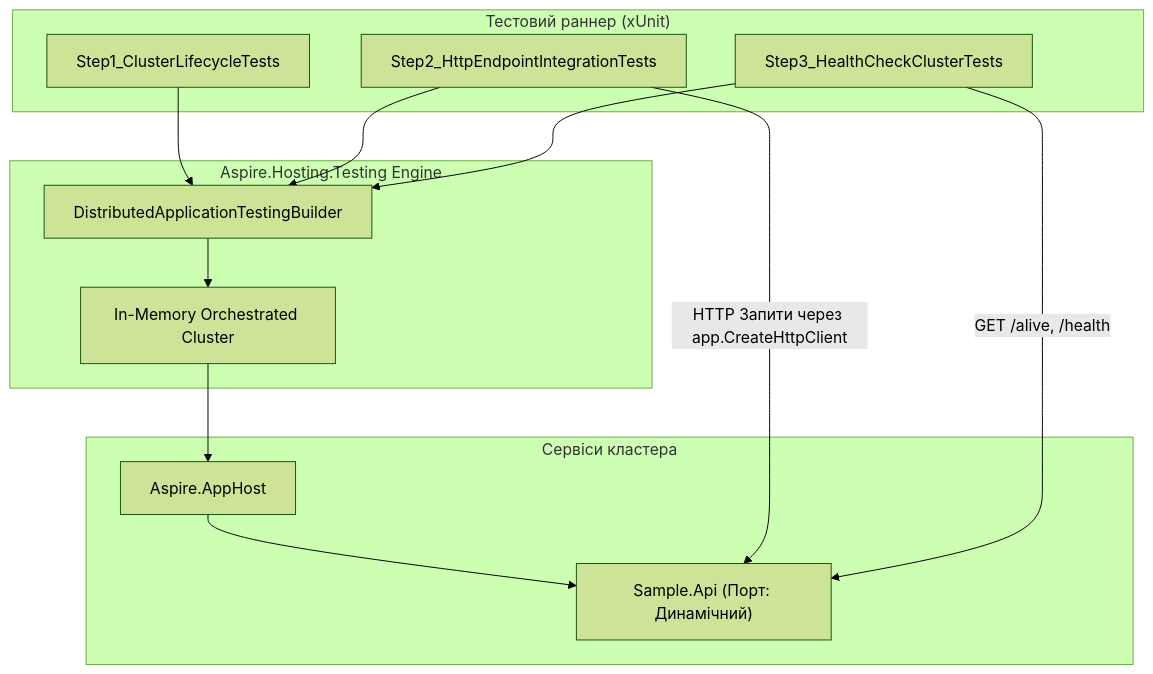
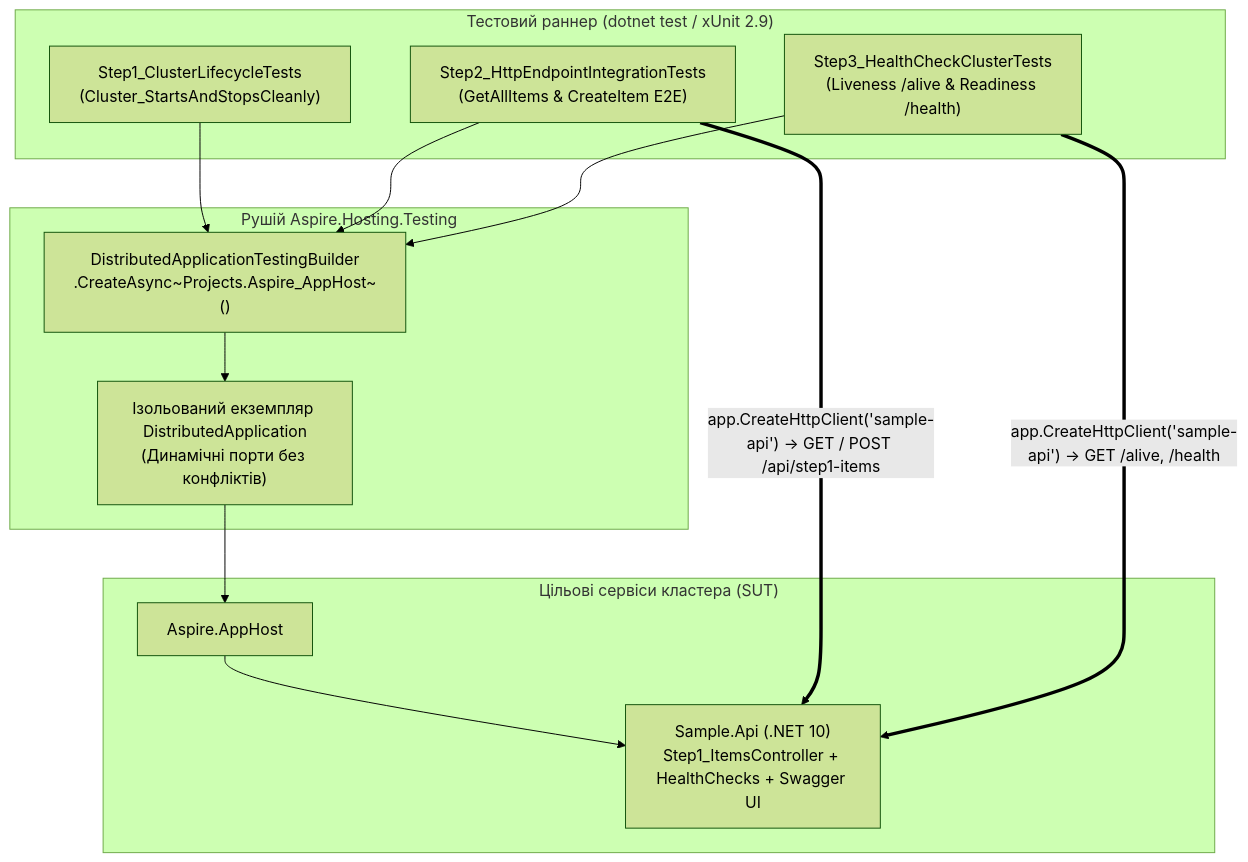
Before and after one commit to MrTomkaYurii/Microservices-Aspire-Mastery: the first of 4 diagrams in 09-Distributed-Testing/STRUCTURE-AND-DATA-FLOW.md, drawn with Mermaid (forest theme). The commit also changed other lines of this file and 49 other files, not shown here.

````diff
--- a/09-Distributed-Testing/STRUCTURE-AND-DATA-FLOW.md
+++ b/09-Distributed-Testing/STRUCTURE-AND-DATA-FLOW.md
@@ -9,29 +9,29 @@
 ```mermaid
 flowchart TD
-    subgraph TestRunner ["Тестовий раннер (xUnit)"]
-        Test1["Step1_ClusterLifecycleTests"]
-        Test2["Step2_HttpEndpointIntegrationTests"]
-        Test3["Step3_HealthCheckClusterTests"]
+    subgraph TestRunner ["Тестовий раннер (dotnet test / xUnit 2.9)"]
+        Test1["Step1_ClusterLifecycleTests<br/>(Cluster_StartsAndStopsCleanly)"]
+        Test2["Step2_HttpEndpointIntegrationTests<br/>(GetAllItems & CreateItem E2E)"]
+        Test3["Step3_HealthCheckClusterTests<br/>(Liveness /alive & Readiness /health)"]
     end
 
-    subgraph AspireTestingEngine ["Aspire.Hosting.Testing Engine"]
-        Builder["DistributedApplicationTestingBuilder"]
-        InMemCluster["In-Memory Orchestrated Cluster"]
+    subgraph AspireTestingEngine ["Рушій Aspire.Hosting.Testing"]
+        Builder["DistributedApplicationTestingBuilder<br/>.CreateAsync~Projects.Aspire_AppHost~()"]
+        InMemCluster["Ізольований екземпляр DistributedApplication<br/>(Динамічні порти без конфліктів)"]
     end
 
-    subgraph ClusterServices ["Сервіси кластера"]
+    subgraph ClusterServices ["Цільові сервіси кластера (SUT)"]
         AppHost["Aspire.AppHost"]
-        SampleApi["Sample.Api (Порт: Динамічний)"]
+        SampleApi["Sample.Api (.NET 10)<br/>Step1_ItemsController + HealthChecks + Swagger UI"]
     end
 
     Test1 --> Builder
     Test2 --> Builder
     Test3 --> Builder
 
     Builder --> InMemCluster
     InMemCluster --> AppHost
     AppHost --> SampleApi
 
-    Test2 -->|HTTP Запити через app.CreateHttpClient| SampleApi
-    Test3 -->|GET /alive, /health| SampleApi
+    Test2 ==>|"app.CreateHttpClient('sample-api') -> GET / POST /api/step1-items"| SampleApi
+    Test3 ==>|"app.CreateHttpClient('sample-api') -> GET /alive, /health"| SampleApi
 ```
````
